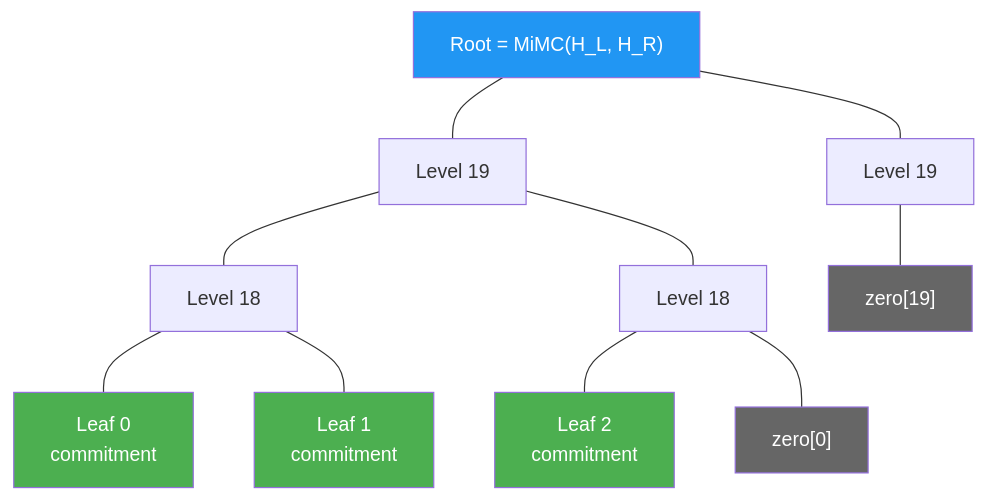
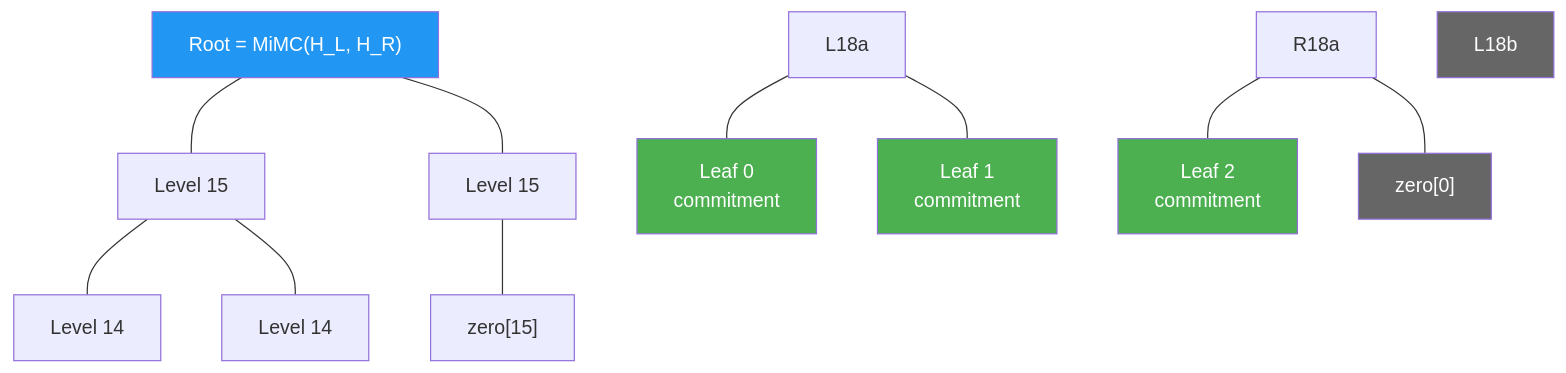
The fifth of 5 diagrams in README.md (mitchhall16/2birds), drawn with Mermaid before and after one commit. The commit also changed other lines of this file and 49 other files, not shown here.

````diff
--- a/README.md
+++ b/README.md
@@ -140,21 +140,21 @@
 ```mermaid
 graph TB
     ROOT[Root = MiMC&#40H_L, H_R&#41]
-    ROOT --- L19[Level 19]
-    ROOT --- R19[Level 19]
-    L19 --- L18a[Level 18]
-    L19 --- R18a[Level 18]
-    R19 --- L18b["zero[19]"]
+    ROOT --- L15[Level 15]
+    ROOT --- R15[Level 15]
+    L15 --- L14a[Level 14]
+    L15 --- R14a[Level 14]
+    R15 --- L14b["zero[15]"]
 
     L18a --- LEAF0["Leaf 0<br/>commitment"]
     L18a --- LEAF1["Leaf 1<br/>commitment"]
     R18a --- LEAF2["Leaf 2<br/>commitment"]
     R18a --- EMPTY["zero[0]"]
 
     style LEAF0 fill:#4CAF50,color:#fff
     style LEAF1 fill:#4CAF50,color:#fff
     style LEAF2 fill:#4CAF50,color:#fff
     style EMPTY fill:#666,color:#fff
     style L18b fill:#666,color:#fff
     style ROOT fill:#2196F3,color:#fff
 ```
````
